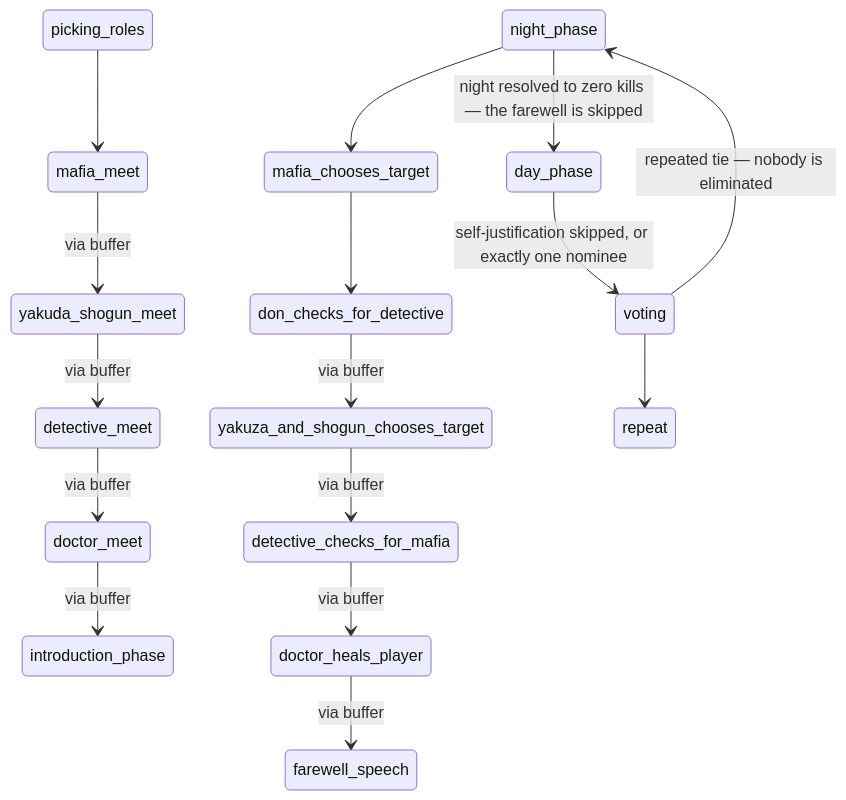
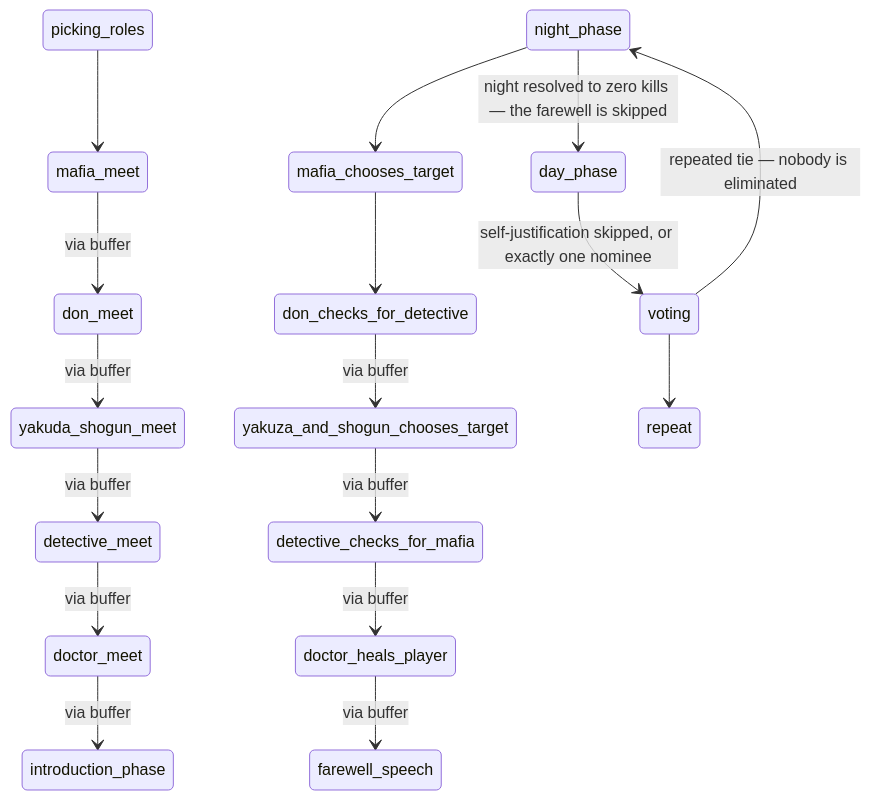
Before and after one commit to Davidchiradze/online-mafia-game: the second of 2 diagrams in docs/generated/game-spec.md, drawn with Mermaid. The commit also changed other lines of this file and 16 other files, not shown here.

Commit message:
add don meet

````diff
--- a/docs/generated/game-spec.md
+++ b/docs/generated/game-spec.md
@@ -179,18 +180,19 @@
 ```mermaid
 stateDiagram-v2
     picking_roles --> mafia_meet
-    mafia_meet --> yakuda_shogun_meet : via buffer
+    mafia_meet --> don_meet : via buffer
+    don_meet --> yakuda_shogun_meet : via buffer
     yakuda_shogun_meet --> detective_meet : via buffer
     detective_meet --> doctor_meet : via buffer
     doctor_meet --> introduction_phase : via buffer
     night_phase --> mafia_chooses_target
     mafia_chooses_target --> don_checks_for_detective
     don_checks_for_detective --> yakuza_and_shogun_chooses_target : via buffer
     yakuza_and_shogun_chooses_target --> detective_checks_for_mafia : via buffer
     detective_checks_for_mafia --> doctor_heals_player : via buffer
     doctor_heals_player --> farewell_speech : via buffer
     voting --> repeat
     day_phase --> voting : self-justification skipped, or exactly one nominee
     night_phase --> day_phase : night resolved to zero kills — the farewell is skipped
     voting --> night_phase : repeated tie — nobody is eliminated
 ```
````
